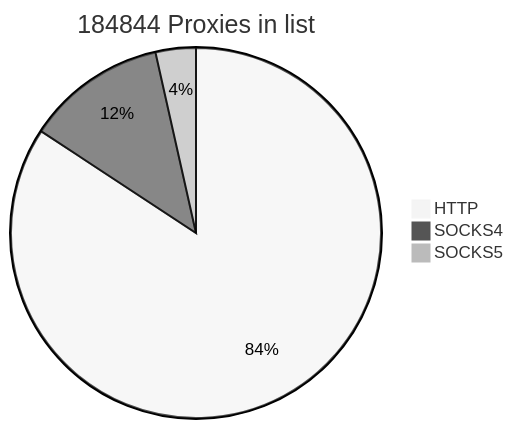
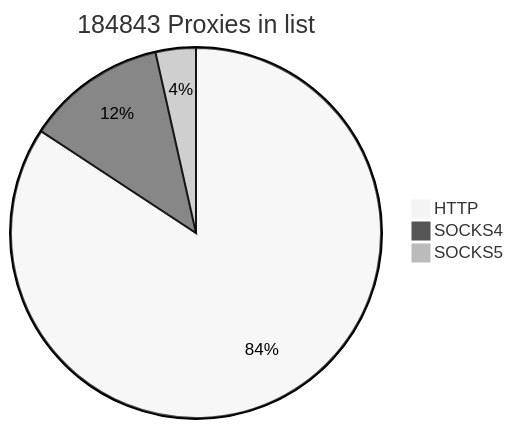
The first of 2 diagrams in README.md (cutipu/proxylist), drawn with Mermaid (neutral theme) before and after one commit. The commit also changed other lines of this file, not shown here.

````diff
--- a/README.md
+++ b/README.md
@@ -2,7 +2,7 @@
 ```mermaid
-pie title 184844 Proxies in list
+pie title 184843 Proxies in list
     "HTTP" : 155738
     "SOCKS4" : 22609
-    "SOCKS5" : 6497
+    "SOCKS5" : 6496
             
 ```
````
